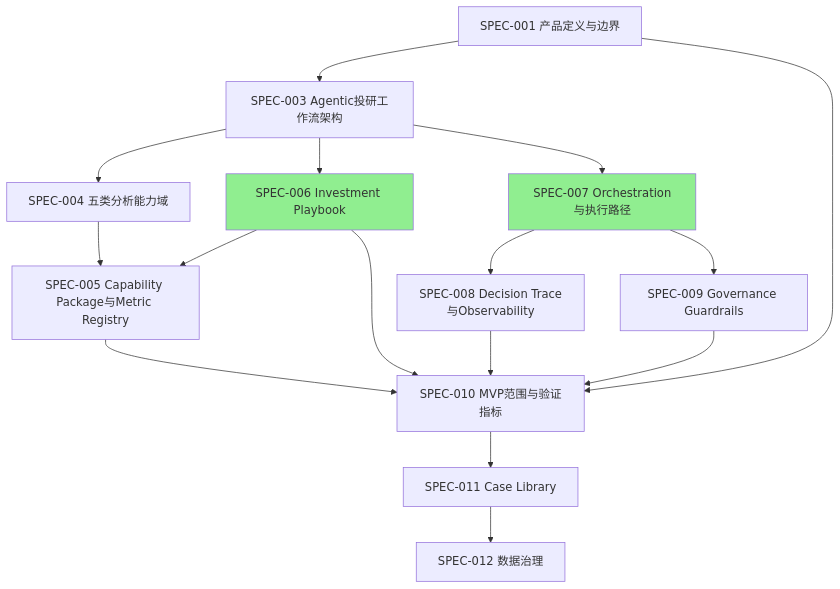
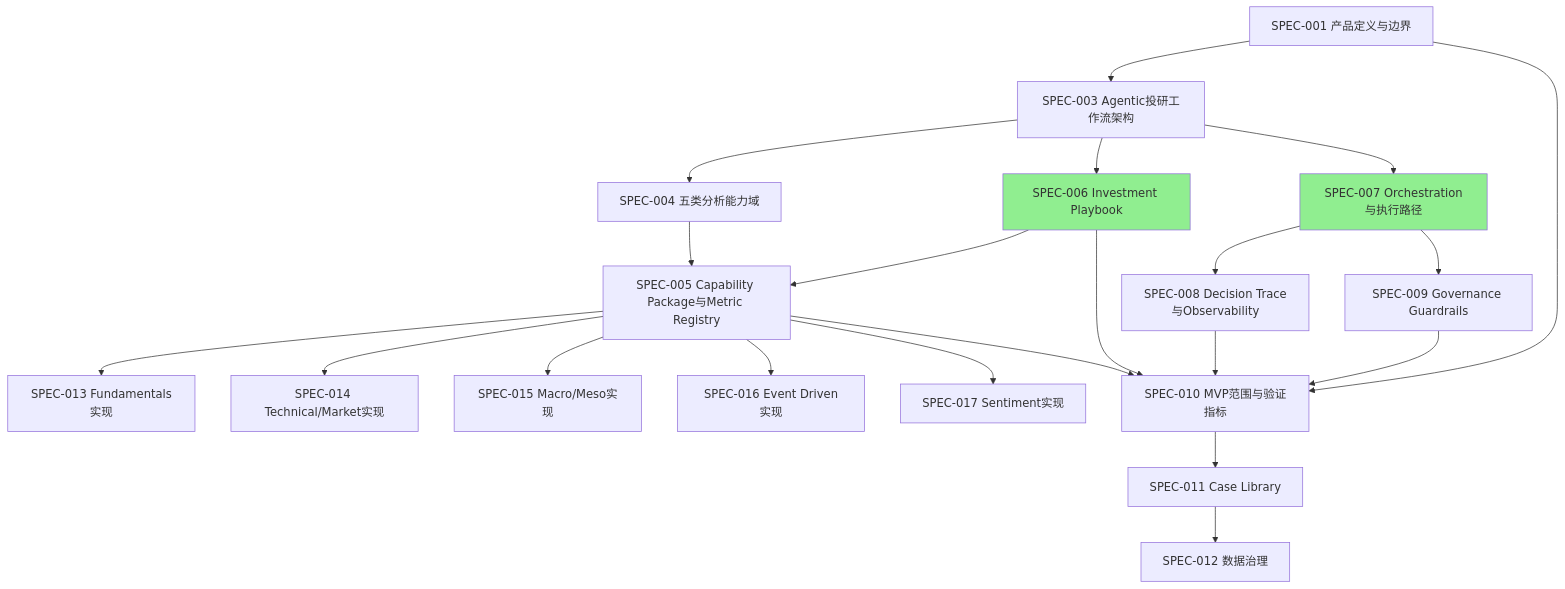
One commit to Fredy518/crosslens-specs changed the diagram in README.md. Above: the diagram before and after it, drawn with Mermaid. The commit also changed other lines of this file and 1 other file, not shown here.

````diff
--- a/README.md
+++ b/README.md
@@ -86,21 +91,26 @@
 ```mermaid
 graph TD
     SPEC001[SPEC-001 产品定义与边界] --> SPEC003[SPEC-003 Agentic投研工作流架构]
     SPEC001 --> SPEC010[SPEC-010 MVP范围与验证指标]
     SPEC003 --> SPEC004[SPEC-004 五类分析能力域]
     SPEC003 --> SPEC006[SPEC-006 Investment Playbook]
     SPEC003 --> SPEC007[SPEC-007 Orchestration与执行路径]
     SPEC004 --> SPEC005[SPEC-005 Capability Package与Metric Registry]
+    SPEC005 --> SPEC013[SPEC-013 Fundamentals实现]
+    SPEC005 --> SPEC014[SPEC-014 Technical/Market实现]
+    SPEC005 --> SPEC015[SPEC-015 Macro/Meso实现]
+    SPEC005 --> SPEC016[SPEC-016 Event Driven实现]
+    SPEC005 --> SPEC017[SPEC-017 Sentiment实现]
     SPEC006 --> SPEC005
     SPEC007 --> SPEC008[SPEC-008 Decision Trace与Observability]
     SPEC007 --> SPEC009[SPEC-009 Governance Guardrails]
     SPEC010 --> SPEC011[SPEC-011 Case Library]
     SPEC011 --> SPEC012[SPEC-012 数据治理]
     SPEC009 --> SPEC010
     SPEC005 --> SPEC010
     SPEC006 --> SPEC010
     SPEC008 --> SPEC010
 
     style SPEC006 fill:#90EE90
     style SPEC007 fill:#90EE90
 ```
````
